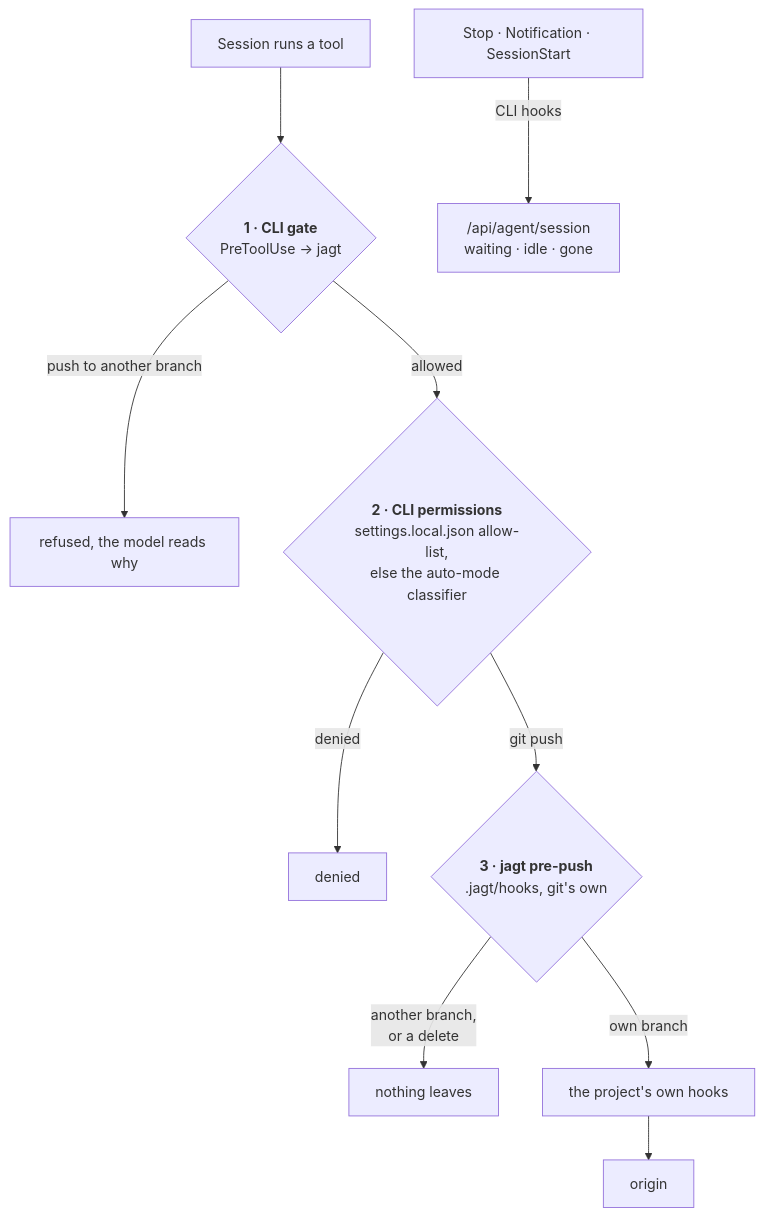
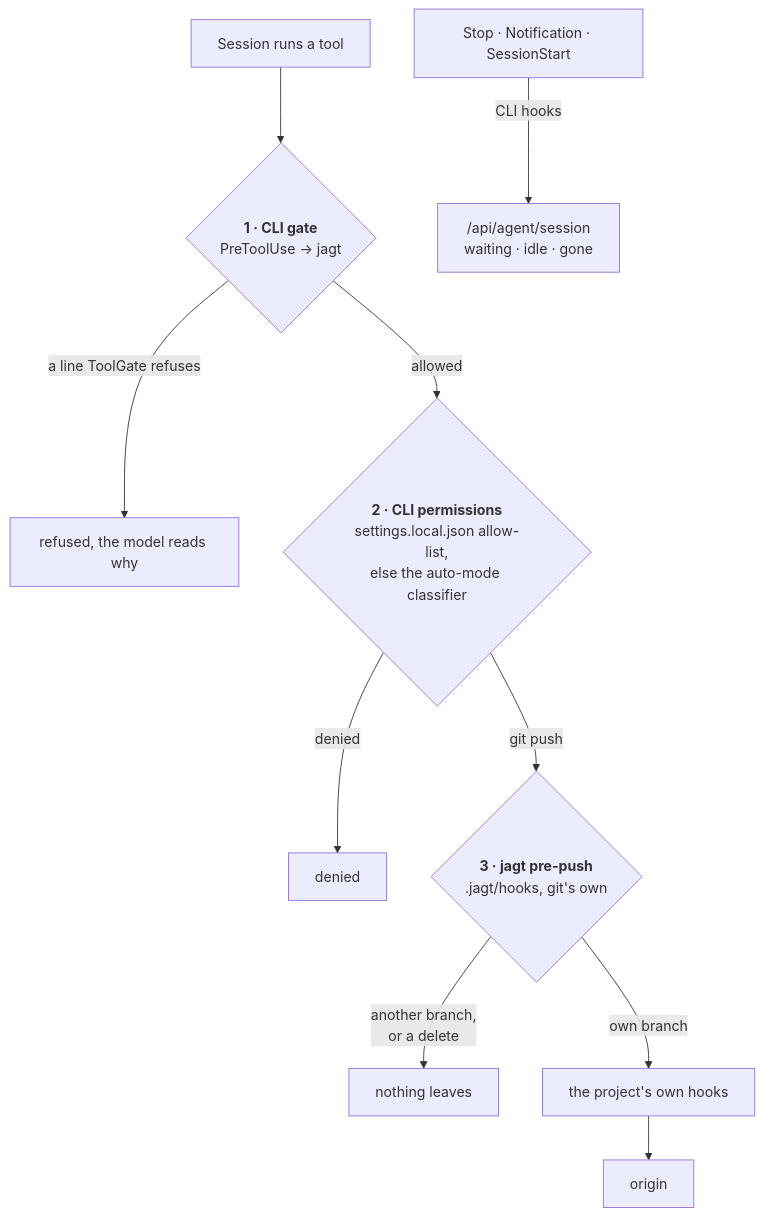
Before and after one commit to GulDmitry/jagt: the fifth of 6 diagrams in docs/c4.md, drawn with Mermaid. The commit also changed other lines of this file, not shown here.

Commit message:
The C4 map drew the session's PreToolUse to /api/agent/session, no fence for the headless one-shot, and layer 1 as refusing only a push elsewhere; PreToolUse goes to /api/agent/tool, the one-shot's to /api/agent/read/{fence}, and layer 1 points at the records listing what it refuses

````diff
--- a/docs/c4.md
+++ b/docs/c4.md
@@ -137,12 +141,12 @@
 ```mermaid
 flowchart TB
     call["Session runs a tool"] --> pre{"<b>1 · CLI gate</b><br/>PreToolUse → jagt"}
-    pre -- "push to another branch" --> no1["refused, the model reads why"]
+    pre -- "a line ToolGate refuses" --> no1["refused, the model reads why"]
     pre -- "allowed" --> perm{"<b>2 · CLI permissions</b><br/>settings.local.json allow-list,<br/>else the auto-mode classifier"}
     perm -- "denied" --> no2["denied"]
     perm -- "git push" --> git{"<b>3 · jagt pre-push</b><br/>.jagt/hooks, git's own"}
     git -- "another branch,<br/>or a delete" --> no3["nothing leaves"]
     git -- "own branch" --> proj["the project's own hooks"] --> remote["origin"]
 
     ev["Stop · Notification · SessionStart"] -- "CLI hooks" --> rep["/api/agent/session<br/>waiting · idle · gone"]
 ```
````
